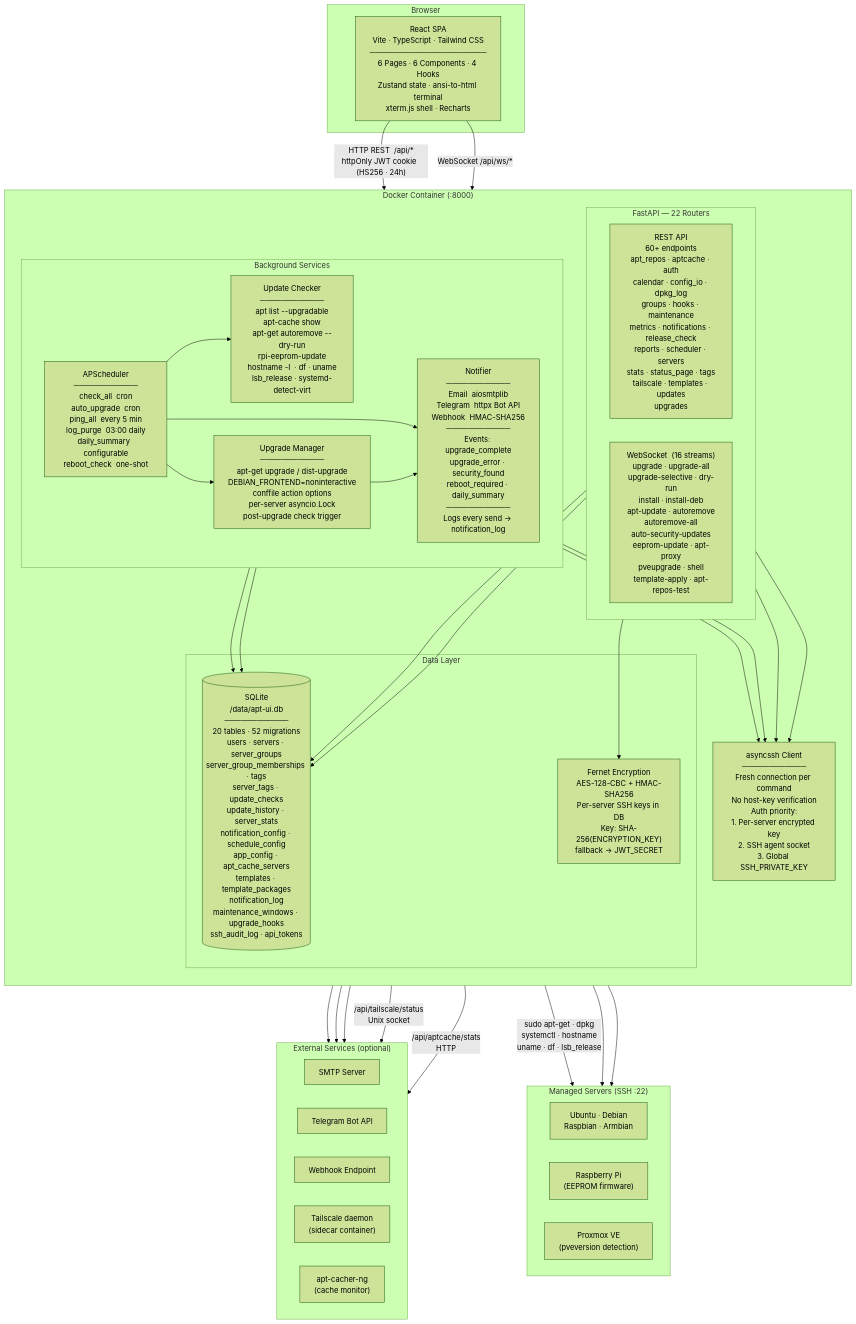
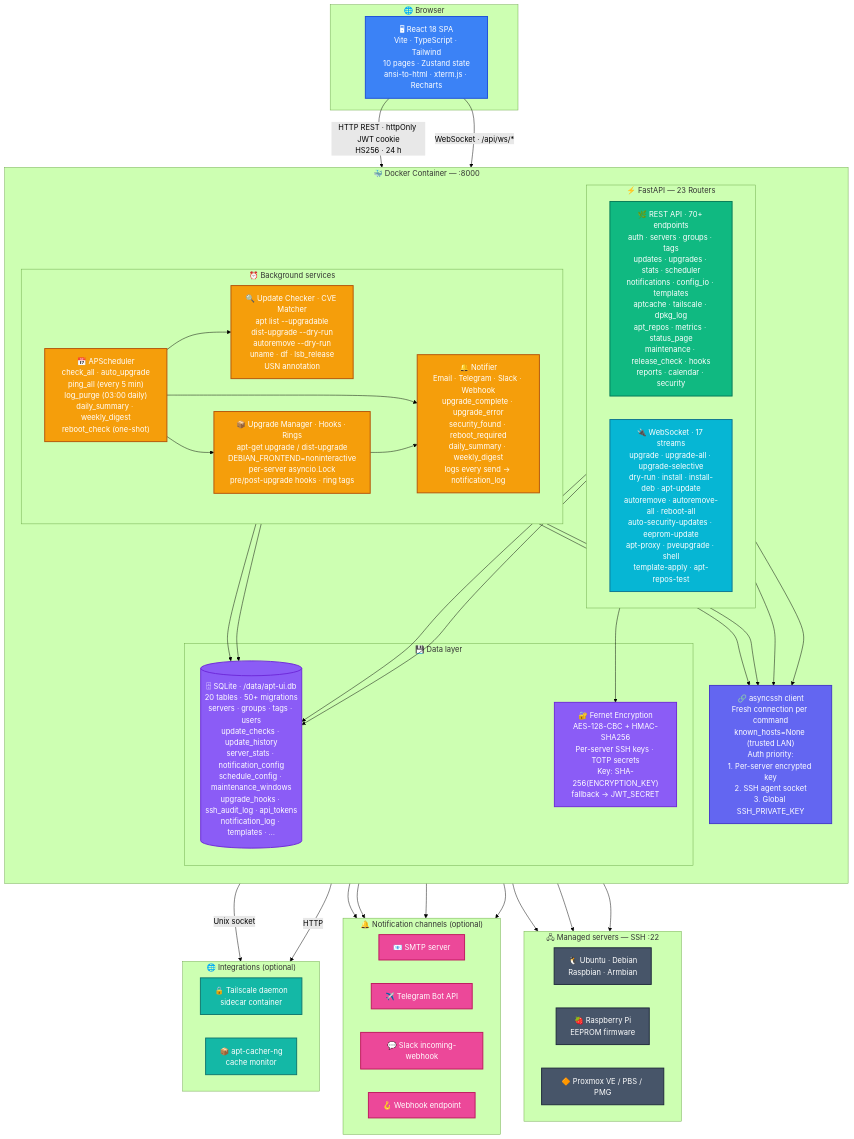
The first of 2 diagrams in ARCHITECTURE.md (mzac/apt-ui), drawn with Mermaid (forest theme) before and after one commit. The commit also changed other lines of this file and 1 other file, not shown here.

````diff
--- a/ARCHITECTURE.md
+++ b/ARCHITECTURE.md
@@ -11,52 +11,57 @@
 ```mermaid
-graph TB
-    subgraph browser["Browser"]
-        SPA["React SPA\nVite · TypeScript · Tailwind CSS\n──────────────────────\n6 Pages · 6 Components · 4 Hooks\nZustand state · ansi-to-html terminal\nxterm.js shell · Recharts"]
+flowchart TB
+    subgraph browser["🌐 Browser"]
+        SPA["🖥 React 18 SPA<br/>Vite · TypeScript · Tailwind<br/>10 pages · Zustand state<br/>ansi-to-html · xterm.js · Recharts"]
     end
 
-    subgraph container["Docker Container  (:8000)"]
+    subgraph container["🐳 Docker Container — :8000"]
         direction TB
 
-        subgraph api_layer["FastAPI  —  22 Routers"]
+        subgraph api_layer["⚡ FastAPI — 23 Routers"]
             direction LR
-            REST["REST API\n60+ endpoints\napt_repos · aptcache · auth\ncalendar · config_io · dpkg_log\ngroups · hooks · maintenance\nmetrics · notifications · release_check\nreports · scheduler · servers\nstats · status_page · tags\ntailscale · templates · updates\nupgrades"]
-            WS["WebSocket  (16 streams)\nupgrade · upgrade-all\nupgrade-selective · dry-run\ninstall · install-deb\napt-update · autoremove\nautoremove-all\nauto-security-updates\neeprom-update · apt-proxy\npveupgrade · shell\ntemplate-apply · apt-repos-test"]
+            REST["🌿 REST API · 70+ endpoints<br/>auth · servers · groups · tags<br/>updates · upgrades · stats · scheduler<br/>notifications · config_io · templates<br/>aptcache · tailscale · dpkg_log<br/>apt_repos · metrics · status_page<br/>maintenance · release_check · hooks<br/>reports · calendar · security"]
+            WS["🔌 WebSocket · 17 streams<br/>upgrade · upgrade-all · upgrade-selective<br/>dry-run · install · install-deb · apt-update<br/>autoremove · autoremove-all · reboot-all<br/>auto-security-updates · eeprom-update<br/>apt-proxy · pveupgrade · shell<br/>template-apply · apt-repos-test"]
         end
 
-        subgraph background["Background Services"]
+        subgraph background["⏰ Background services"]
             direction LR
-            SCHED["APScheduler\n────────────\ncheck_all  cron\nauto_upgrade  cron\nping_all  every 5 min\nlog_purge  03:00 daily\ndaily_summary  configurable\nreboot_check  one-shot"]
-            CHECKER["Update Checker\n────────────\napt list --upgradable\napt-cache show\napt-get autoremove --dry-run\nrpi-eeprom-update\nhostname -I  · df · uname\nlsb_release · systemd-detect-virt"]
-            UPGRADER["Upgrade Manager\n────────────\napt-get upgrade / dist-upgrade\nDEBIAN_FRONTEND=noninteractive\nconffile action options\nper-server asyncio.Lock\npost-upgrade check trigger"]
-            NOTIFIER["Notifier\n────────────\nEmail  aiosmtplib\nTelegram  httpx Bot API\nWebhook  HMAC-SHA256\n────────────\nEvents: upgrade_complete\nupgrade_error · security_found\nreboot_required · daily_summary\n────────────\nLogs every send → notification_log"]
+            SCHED["📅 APScheduler<br/>check_all · auto_upgrade<br/>ping_all (every 5 min)<br/>log_purge (03:00 daily)<br/>daily_summary · weekly_digest<br/>reboot_check (one-shot)"]
+            CHECKER["🔍 Update Checker · CVE Matcher<br/>apt list --upgradable<br/>dist-upgrade --dry-run<br/>autoremove --dry-run<br/>uname · df · lsb_release<br/>USN annotation"]
+            UPGRADER["📦 Upgrade Manager · Hooks · Rings<br/>apt-get upgrade / dist-upgrade<br/>DEBIAN_FRONTEND=noninteractive<br/>per-server asyncio.Lock<br/>pre/post-upgrade hooks · ring tags"]
+            NOTIFIER["🔔 Notifier<br/>Email · Telegram · Slack · Webhook<br/>upgrade_complete · upgrade_error<br/>security_found · reboot_required<br/>daily_summary · weekly_digest<br/>logs every send → notification_log"]
         end
 
-        subgraph data_layer["Data Layer"]
-            DB[("SQLite\n/data/apt-ui.db\n────────────\n20 tables · 52 migrations\nusers · servers · server_groups\nserver_group_memberships · tags\nserver_tags · update_checks\nupdate_history · server_stats\nnotification_config · schedule_config\napp_config · apt_cache_servers\ntemplates · template_packages\nnotification_log\nmaintenance_windows · upgrade_hooks\nssh_audit_log · api_tokens")]
-            CRYPTO["Fernet Encryption\nAES-128-CBC + HMAC-SHA256\nPer-server SSH keys in DB\nKey: SHA-256(ENCRYPTION_KEY)\nfallback → JWT_SECRET"]
+        subgraph data_layer["💾 Data layer"]
+            DB[("🗄 SQLite · /data/apt-ui.db<br/>20 tables · 50+ migrations<br/>servers · groups · tags · users<br/>update_checks · update_history<br/>server_stats · notification_config<br/>schedule_config · maintenance_windows<br/>upgrade_hooks · ssh_audit_log · api_tokens<br/>notification_log · templates · …")]
+            CRYPTO["🔐 Fernet Encryption<br/>AES-128-CBC + HMAC-SHA256<br/>Per-server SSH keys · TOTP secrets<br/>Key: SHA-256(ENCRYPTION_KEY)<br/>fallback → JWT_SECRET"]
         end
 
-        SSH_CLIENT["asyncssh Client\n────────────\nFresh connection per command\nNo host-key verification\nAuth priority:\n1. Per-server encrypted key\n2. SSH agent socket\n3. Global SSH_PRIVATE_KEY"]
+        SSH_CLIENT["🔗 asyncssh client<br/>Fresh connection per command<br/>known_hosts=None (trusted LAN)<br/>Auth priority:<br/>1. Per-server encrypted key<br/>2. SSH agent socket<br/>3. Global SSH_PRIVATE_KEY"]
     end
 
-    subgraph managed["Managed Servers  (SSH :22)"]
+    subgraph managed["🖧 Managed servers — SSH :22"]
         direction LR
-        LINUX["Ubuntu · Debian\nRaspbian · Armbian"]
-        PI["Raspberry Pi\n(EEPROM firmware)"]
-        PVE["Proxmox VE\n(pveversion detection)"]
+        LINUX["🐧 Ubuntu · Debian<br/>Raspbian · Armbian"]
+        PI["🍓 Raspberry Pi<br/>EEPROM firmware"]
+        PVE["🔶 Proxmox VE / PBS / PMG"]
     end
 
-    subgraph external["External Services  (optional)"]
+    subgraph notifications["🔔 Notification channels (optional)"]
         direction LR
-        SMTP["SMTP Server"]
-        TG["Telegram Bot API"]
-        HOOK["Webhook Endpoint"]
-        TS["Tailscale daemon\n(sidecar container)"]
-        APTCACHE["apt-cacher-ng\n(cache monitor)"]
+        SMTP["📧 SMTP server"]
+        TG["✈️ Telegram Bot API"]
+        SLACK["💬 Slack incoming-webhook"]
+        HOOK["🪝 Webhook endpoint"]
     end
 
-    SPA -- "HTTP REST  /api/*\nhttpOnly JWT cookie  (HS256 · 24h)" --> REST
-    SPA -- "WebSocket  /api/ws/*" --> WS
+    subgraph integrations["🌐 Integrations (optional)"]
+        direction LR
+        TS["🔒 Tailscale daemon<br/>sidecar container"]
+        APTCACHE["📦 apt-cacher-ng<br/>cache monitor"]
+    end
+
+    SPA -- "HTTP REST · httpOnly JWT cookie<br/>HS256 · 24 h" --> REST
+    SPA -- "WebSocket · /api/ws/*" --> WS
     REST --> DB
     REST --> CRYPTO
     REST --> SSH_CLIENT
@@ -72,10 +77,31 @@
     UPGRADER --> DB
     NOTIFIER --> SMTP
     NOTIFIER --> TG
+    NOTIFIER --> SLACK
     NOTIFIER --> HOOK
-    REST -- "/api/tailscale/status\nUnix socket" --> TS
-    REST -- "/api/aptcache/stats\nHTTP" --> APTCACHE
-    SSH_CLIENT -- "sudo apt-get · dpkg\nsystemctl · hostname\nuname · df · lsb_release" --> LINUX
+    REST -- "Unix socket" --> TS
+    REST -- "HTTP" --> APTCACHE
+    SSH_CLIENT --> LINUX
     SSH_CLIENT --> PI
     SSH_CLIENT --> PVE
+
+    classDef frontend fill:#3b82f6,stroke:#1d4ed8,color:#fff,stroke-width:2px
+    classDef rest fill:#10b981,stroke:#047857,color:#fff,stroke-width:2px
+    classDef ws fill:#06b6d4,stroke:#0e7490,color:#fff,stroke-width:2px
+    classDef sched fill:#f59e0b,stroke:#b45309,color:#fff,stroke-width:2px
+    classDef data fill:#8b5cf6,stroke:#6d28d9,color:#fff,stroke-width:2px
+    classDef ssh fill:#6366f1,stroke:#4338ca,color:#fff,stroke-width:2px
+    classDef external fill:#475569,stroke:#1e293b,color:#fff,stroke-width:2px
+    classDef notif fill:#ec4899,stroke:#be185d,color:#fff,stroke-width:2px
+    classDef integration fill:#14b8a6,stroke:#0f766e,color:#fff,stroke-width:2px
+
+    class SPA frontend
+    class REST rest
+    class WS ws
+    class SCHED,CHECKER,UPGRADER,NOTIFIER sched
+    class DB,CRYPTO data
+    class SSH_CLIENT ssh
+    class LINUX,PI,PVE external
+    class SMTP,TG,SLACK,HOOK notif
+    class TS,APTCACHE integration
 ```
````
